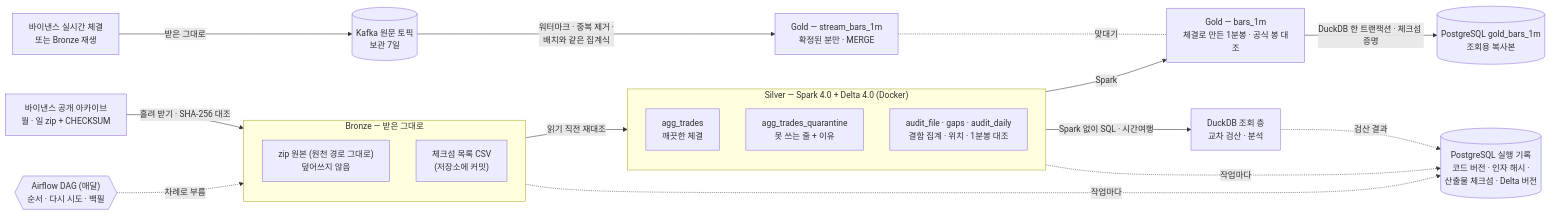
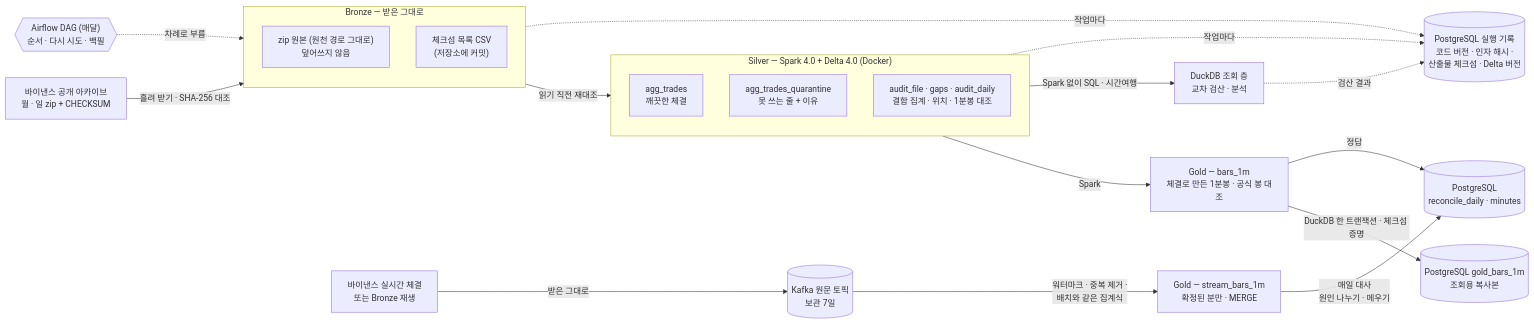
One commit to seoloo/Market_Data_Platform changed the diagram in README.md. Above: the diagram before and after it, drawn with Mermaid. The commit also changed other lines of this file and 12 other files, not shown here.

````diff
--- a/README.md
+++ b/README.md
@@ -27,24 +28,25 @@
 ```mermaid
 flowchart LR
     SRC["바이낸스 공개 아카이브<br/>월 · 일 zip + CHECKSUM"] -->|흘려 받기 · SHA-256 대조| BRZ
     subgraph BRZ["Bronze — 받은 그대로"]
         B1["zip 원본 (원천 경로 그대로)<br/>덮어쓰지 않음"]
         B2["체크섬 목록 CSV<br/>(저장소에 커밋)"]
     end
     BRZ -->|읽기 직전 재대조| SLV
     subgraph SLV["Silver — Spark 4.0 + Delta 4.0 (Docker)"]
         S1["agg_trades<br/>깨끗한 체결"]
         S2["agg_trades_quarantine<br/>못 쓰는 줄 + 이유"]
         S3["audit_file · gaps · audit_daily<br/>결함 집계 · 위치 · 1분봉 대조"]
     end
     SLV -->|Spark| GLD["Gold — bars_1m<br/>체결로 만든 1분봉 · 공식 봉 대조"]
     GLD -->|DuckDB 한 트랜잭션 · 체크섬 증명| PGB[("PostgreSQL gold_bars_1m<br/>조회용 복사본")]
     SLV -->|Spark 없이 SQL · 시간여행| DUCK["DuckDB 조회 층<br/>교차 검산 · 분석"]
     BRZ -. 작업마다 .-> LOG[("PostgreSQL 실행 기록<br/>코드 버전 · 인자 해시 ·<br/>산출물 체크섬 · Delta 버전")]
     SLV -. 작업마다 .-> LOG
     DUCK -. 검산 결과 .-> LOG
     AF{{"Airflow DAG (매달)<br/>순서 · 다시 시도 · 백필"}} -. 차례로 부름 .-> BRZ
     WS["바이낸스 실시간 체결<br/>또는 Bronze 재생"] -->|받은 그대로| KFK[("Kafka 원문 토픽<br/>보관 7일")]
     KFK -->|"워터마크 · 중복 제거 ·<br/>배치와 같은 집계식"| SB["Gold — stream_bars_1m<br/>확정된 분만 · MERGE"]
-    SB -. 맞대기 .- GLD
+    SB -->|"매일 대사<br/>원인 나누기 · 메우기"| REC[("PostgreSQL<br/>reconcile_daily · minutes")]
+    GLD -->|정답| REC
 ```
````
